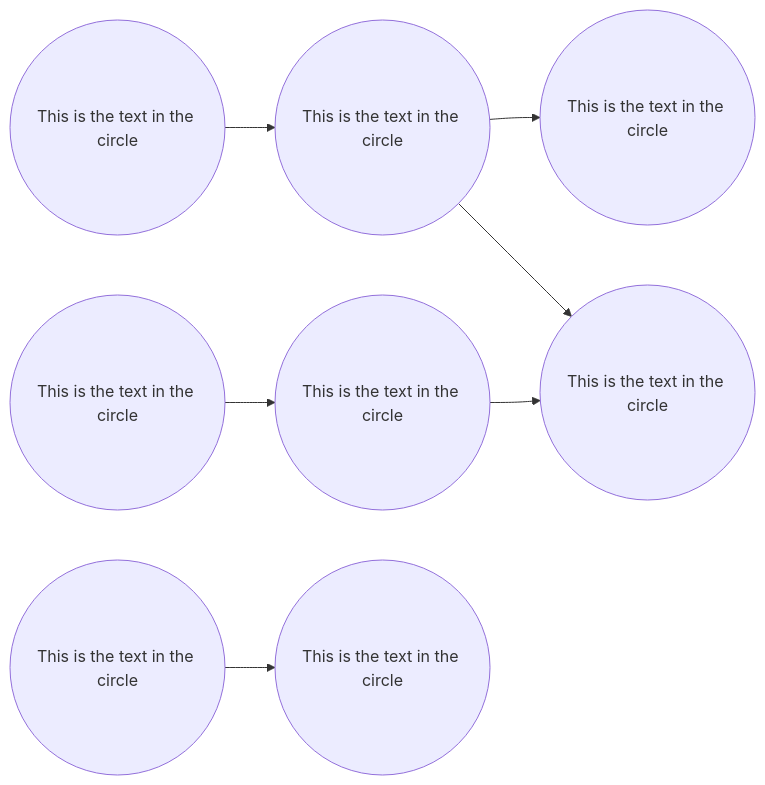
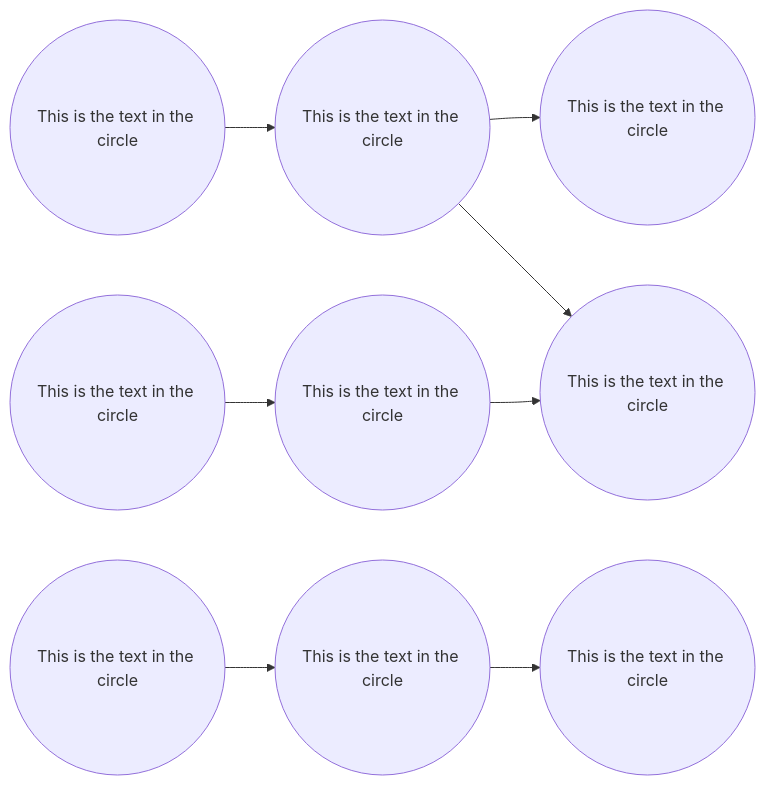
One commit to gerbssusd/dok changed the second of 2 diagrams in slides.md. Above: the diagram before and after it, drawn with Mermaid.

````diff
--- a/slides.md
+++ b/slides.md
@@ -499,15 +499,15 @@
 ```mermaid {scale: .60}
 
 flowchart LR
     id1((This is the text in the circle)) -->
     id2((This is the text in the circle)) -->
     id3((This is the text in the circle))
        id3.1((This is the text in the circle))-->
        id3.2((This is the text in the circle))-->id4
    id2 --> id4((This is the text in the circle)) 
  
     id5((This is the text in the circle)) -->
-   
+      id6((This is the text in the circle))-->  
     id7((This is the text in the circle))
 
 ```
````
